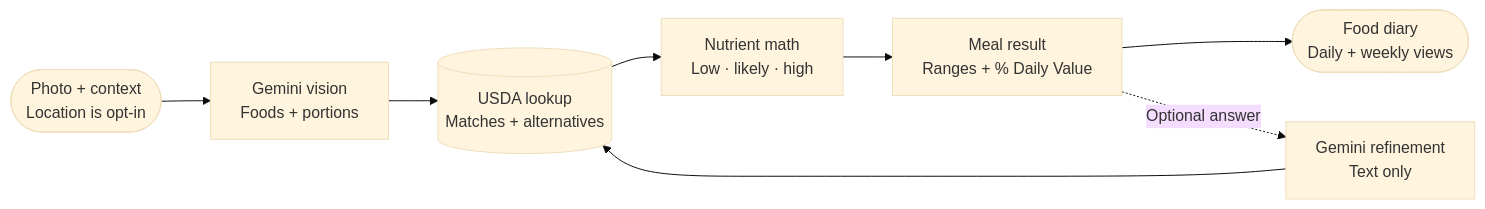
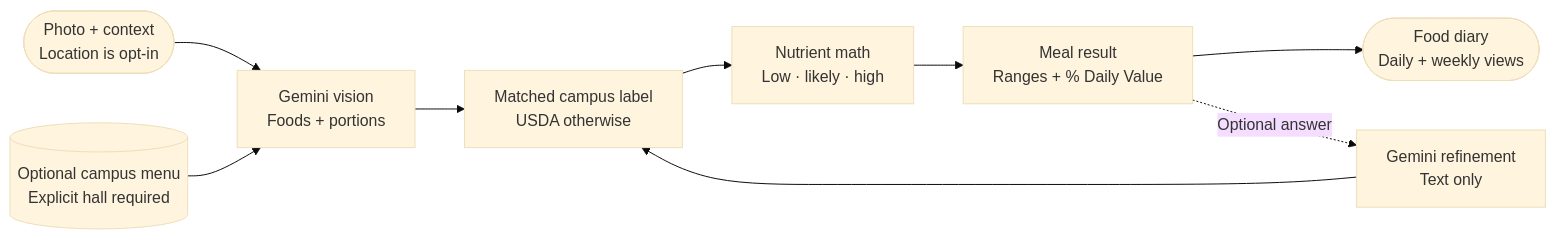
The diagram in README.md (hershey-harsh/HackUmass-26-MealScholar), drawn with Mermaid (base theme) before and after one commit. The commit also changed other lines of this file and 4 other files, not shown here.

````diff
--- a/README.md
+++ b/README.md
@@ -121,10 +126,11 @@
 ```mermaid
 flowchart LR
     Photo(["Photo + context<br/>Location is opt-in"]) --> Vision["Gemini vision<br/>Foods + portions"]
-    Vision --> USDA[("USDA lookup<br/>Matches + alternatives")]
-    USDA --> Math["Nutrient math<br/>Low · likely · high"]
+    Menu[("Optional campus menu<br/>Explicit hall required")] --> Vision
+    Vision --> Sources["Matched campus label<br/>USDA otherwise"]
+    Sources --> Math["Nutrient math<br/>Low · likely · high"]
     Math --> Result["Meal result<br/>Ranges + % Daily Value"]
     Result --> Diary(["Food diary<br/>Daily + weekly views"])
     Result -.->|Optional answer| Refine["Gemini refinement<br/>Text only"]
-    Refine --> USDA
+    Refine --> Sources
 ```
````
